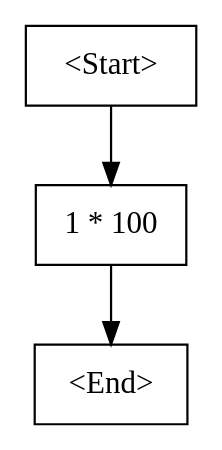
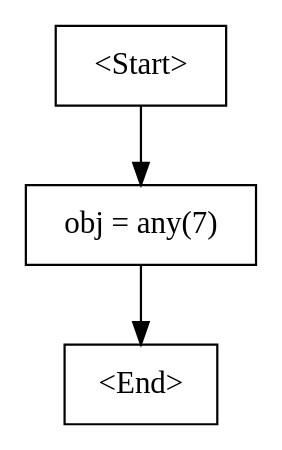
Before and after one commit to Sihuai2412/Epsilon: the diagram in src/epsilon.Program/bin/Debug/net9.0/cfg.dot, drawn with Graphviz. The commit also changed 29 other files, not shown here.

```diff
--- a/src/epsilon.Program/bin/Debug/net9.0/cfg.dot
+++ b/src/epsilon.Program/bin/Debug/net9.0/cfg.dot
@@ -1,7 +1,7 @@
 digraph G {
     N0 [label = "<Start>", shape = box]
-    N1 [label = "1 * 100", shape = box]
+    N1 [label = "obj = any(7)", shape = box]
     N2 [label = "<End>", shape = box]
     N0 -> N1 [label = ""]
     N1 -> N2 [label = ""]
 }
```
